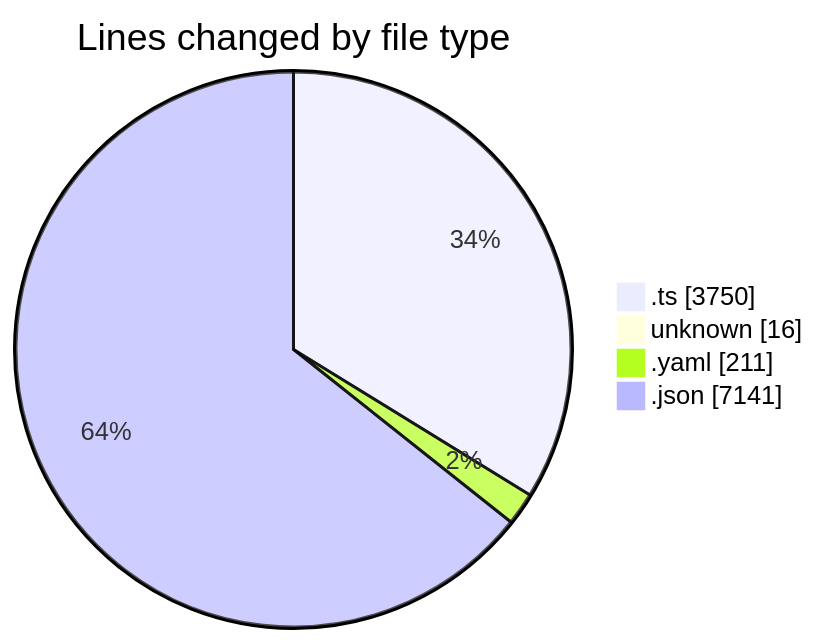
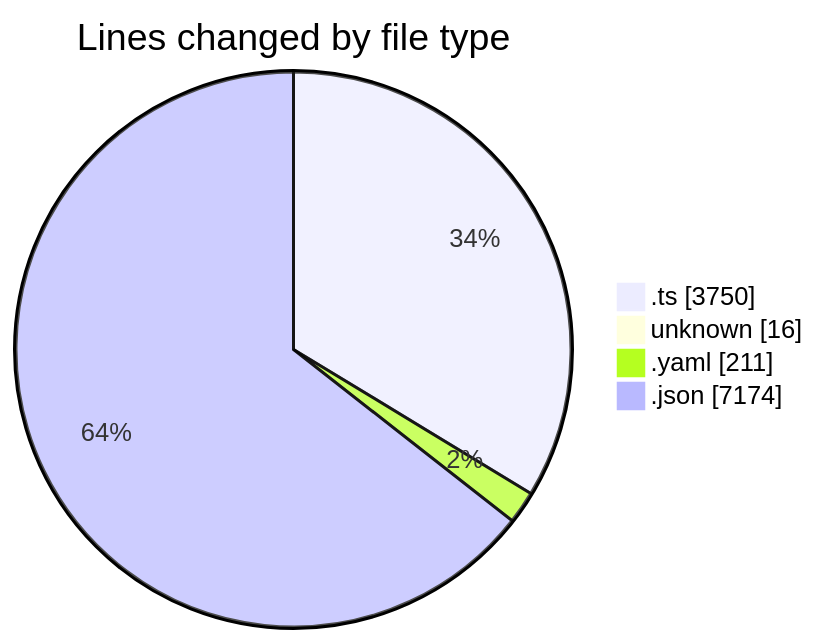
The first of 2 diagrams in 2025-10-01/oura-api/README.md (mevix1/code-tracking), drawn with Mermaid before and after one commit. The commit also changed other lines of this file and 1 other file, not shown here.

````diff
--- a/2025-10-01/oura-api/README.md
+++ b/2025-10-01/oura-api/README.md
@@ -52,8 +52,8 @@
 ```mermaid
 pie showData
 title Lines changed by file type
 ".ts" : 3750
 "unknown" : 16
 ".yaml" : 211
-".json" : 7141
+".json" : 7174
 ```
````
